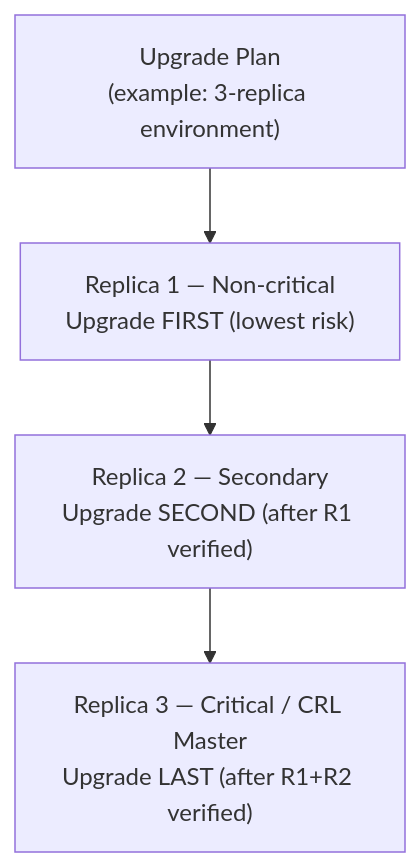
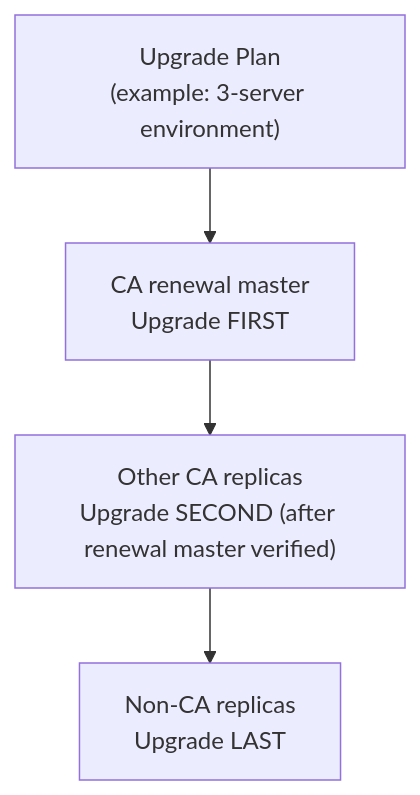
Before and after one commit to UncleJS/course_FreeIPA: the fourth of 8 diagrams in 15_upgrade_migration.md, drawn with Mermaid. The commit also changed other lines of this file and 24 other files, not shown here.

````diff
--- a/15_upgrade_migration.md
+++ b/15_upgrade_migration.md
@@ -322,8 +322,8 @@
 ```mermaid
 graph TD
-    PLAN["Upgrade Plan<br/>(example: 3-replica environment)"]
-    R1["Replica 1 — Non-critical<br/>Upgrade FIRST (lowest risk)"]
-    R2["Replica 2 — Secondary<br/>Upgrade SECOND (after R1 verified)"]
-    R3["Replica 3 — Critical / CRL Master<br/>Upgrade LAST (after R1+R2 verified)"]
+    PLAN["Upgrade Plan<br/>(example: 3-server environment)"]
+    R1["CA renewal master<br/>Upgrade FIRST"]
+    R2["Other CA replicas<br/>Upgrade SECOND (after renewal master verified)"]
+    R3["Non-CA replicas<br/>Upgrade LAST"]
     PLAN --> R1 --> R2 --> R3
 ```
````
